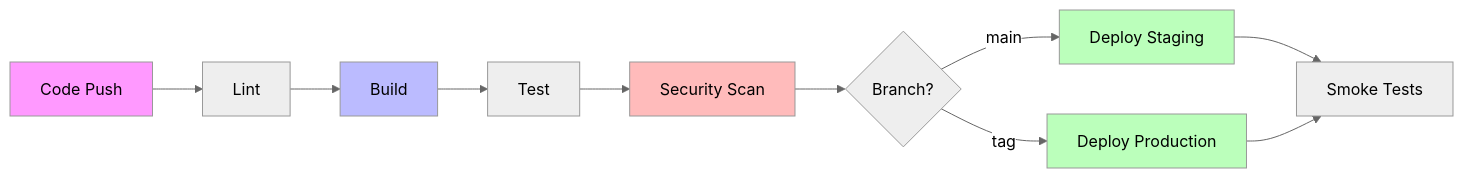
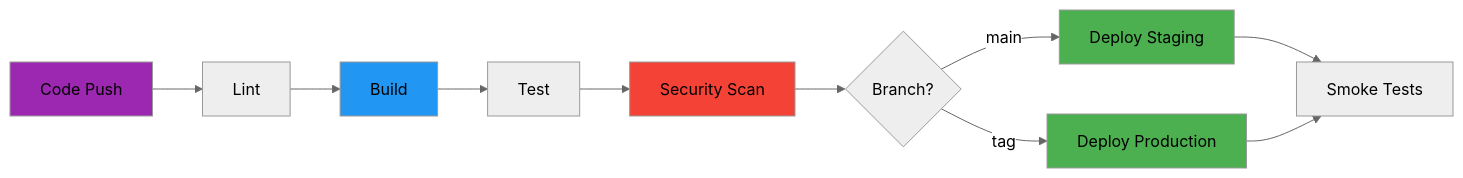
One commit to VBlackJack/ShellBook changed the diagram in docs/devops/pipelines/index.md. Above: the diagram before and after it, drawn with Mermaid (neutral theme). The commit also changed 337 other files, not shown here.

First line of the commit message:
refactor(docs): Standardize code blocks and Mermaid colors

````diff
--- a/docs/devops/pipelines/index.md
+++ b/docs/devops/pipelines/index.md
@@ -38,18 +38,18 @@
 ```mermaid
 graph LR
     A[Code Push] --> B[Lint]
     B --> C[Build]
     C --> D[Test]
     D --> E[Security Scan]
     E --> F{Branch?}
     F -->|main| G[Deploy Staging]
     F -->|tag| H[Deploy Production]
     G --> I[Smoke Tests]
     H --> I
 
-    style A fill:#f9f
-    style C fill:#bbf
-    style E fill:#fbb
-    style G fill:#bfb
-    style H fill:#bfb
+    style A fill:#9C27B0
+    style C fill:#2196F3
+    style E fill:#f44336
+    style G fill:#4CAF50
+    style H fill:#4CAF50
 ```
````
